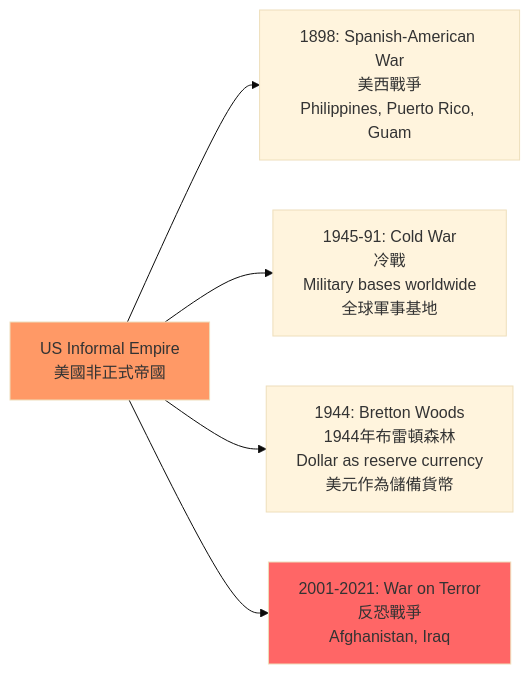
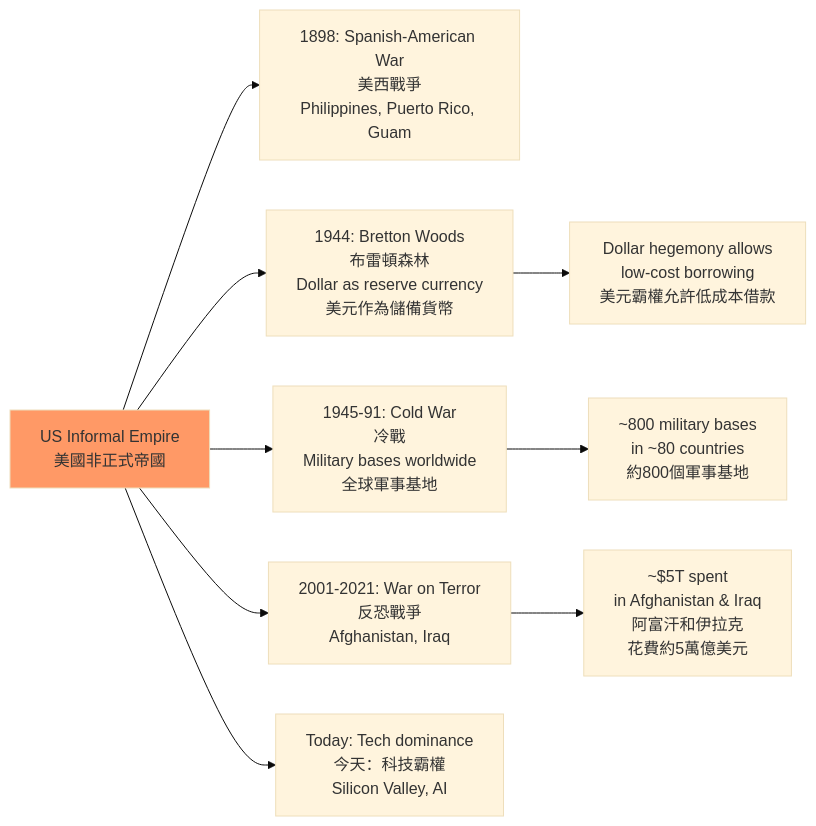
One commit to yip-lgtm/HKU-Harvard-History-Self-Study changed the third of 5 diagrams in 01_HKU_Courses/HIST1025_Introduction_to_the_United_States.md. Above: the diagram before and after it, drawn with Mermaid (base theme). The commit also changed other lines of this file and 22 other files, not shown here.

````diff
--- a/01_HKU_Courses/HIST1025_Introduction_to_the_United_States.md
+++ b/01_HKU_Courses/HIST1025_Introduction_to_the_United_States.md
@@ -96,10 +380,14 @@
 ```mermaid
 graph LR
     A[US Informal Empire<br/>美國非正式帝國] --> B[1898: Spanish-American War<br/>美西戰爭<br/>Philippines, Puerto Rico, Guam]
-    A --> C[1945-91: Cold War<br/>冷戰<br/>Military bases worldwide<br/>全球軍事基地]
-    A --> D[1944: Bretton Woods<br/>1944年布雷頓森林<br/>Dollar as reserve currency<br/>美元作為儲備貨幣]
+    A --> C[1944: Bretton Woods<br/>布雷頓森林<br/>Dollar as reserve currency<br/>美元作為儲備貨幣]
+    A --> D[1945-91: Cold War<br/>冷戰<br/>Military bases worldwide<br/>全球軍事基地]
     A --> E[2001-2021: War on Terror<br/>反恐戰爭<br/>Afghanistan, Iraq]
+    A --> F[Today: Tech dominance<br/>今天：科技霸權<br/>Silicon Valley, AI]
+    
+    C --> C1[Dollar hegemony allows<br/>low-cost borrowing<br/>美元霸權允許低成本借款]
+    D --> D1[~800 military bases<br/>in ~80 countries<br/>約800個軍事基地]
+    E --> E1[~$5T spent<br/>in Afghanistan & Iraq<br/>阿富汗和伊拉克<br/>花費約5萬億美元]
     
     style A fill:#f96
-    style E fill:#f66
 ```
````
